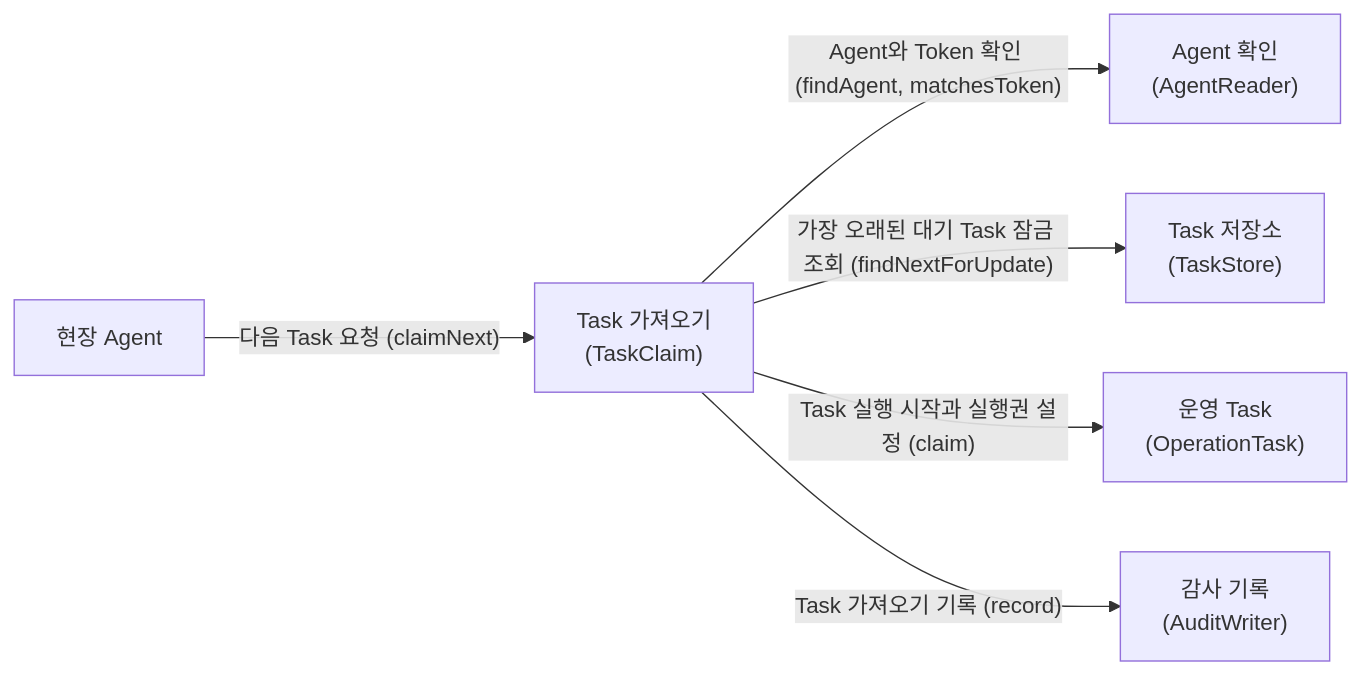
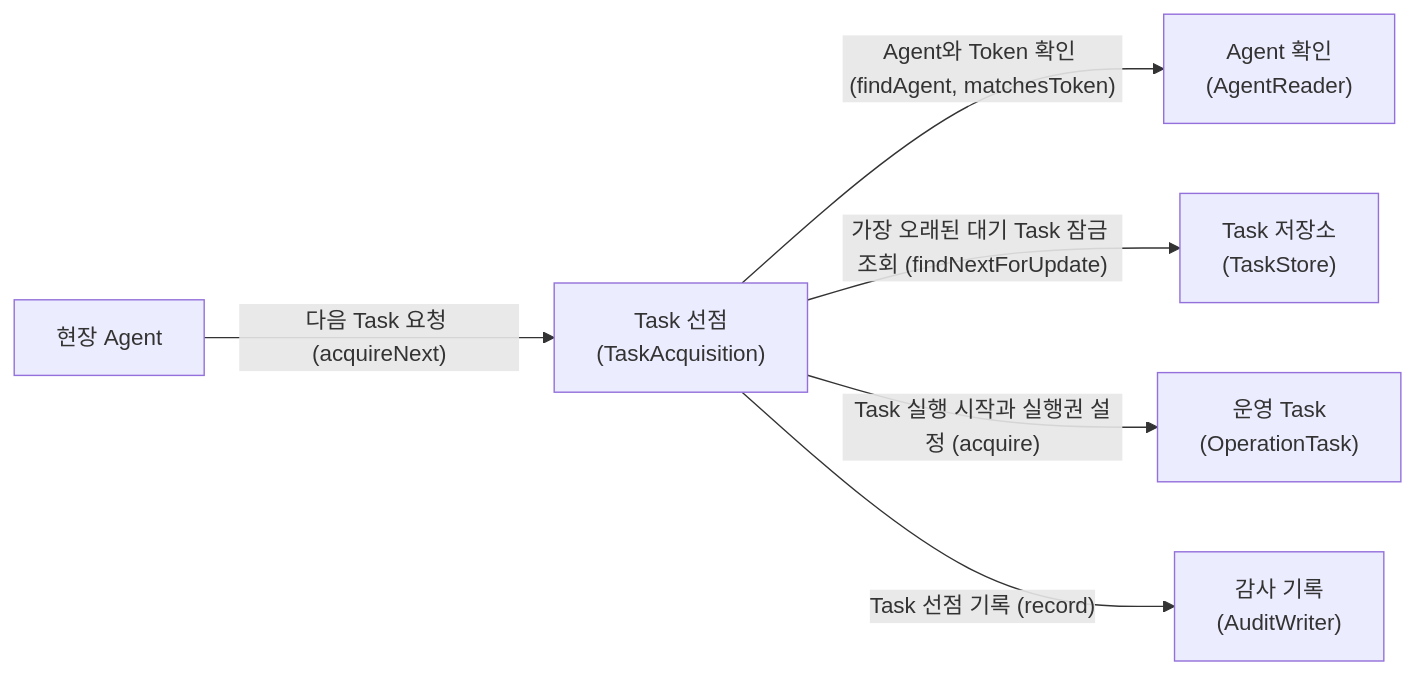
The fifth of 12 diagrams in docs/diagram/유스케이스별-객체-관계.md (hsjni0110/db-fleet-ops), drawn with Mermaid before and after one commit. The commit also changed other lines of this file and 150 other files, not shown here.

````diff
--- a/docs/diagram/유스케이스별-객체-관계.md
+++ b/docs/diagram/유스케이스별-객체-관계.md
@@ -109,15 +109,15 @@
 ```mermaid
 flowchart LR
     AGENT[현장 Agent]
-    CLAIM["Task 가져오기<br/>(TaskClaim)"]
+    ACQUISITION["Task 선점<br/>(TaskAcquisition)"]
     AGENTS["Agent 확인<br/>(AgentReader)"]
     STORE["Task 저장소<br/>(TaskStore)"]
     TASK["운영 Task<br/>(OperationTask)"]
     AUDIT["감사 기록<br/>(AuditWriter)"]
 
-    AGENT -->|"다음 Task 요청 (claimNext)"| CLAIM
-    CLAIM -->|"Agent와 Token 확인 (findAgent, matchesToken)"| AGENTS
-    CLAIM -->|"가장 오래된 대기 Task 잠금 조회 (findNextForUpdate)"| STORE
-    CLAIM -->|"Task 실행 시작과 실행권 설정 (claim)"| TASK
-    CLAIM -->|"Task 가져오기 기록 (record)"| AUDIT
+    AGENT -->|"다음 Task 요청 (acquireNext)"| ACQUISITION
+    ACQUISITION -->|"Agent와 Token 확인 (findAgent, matchesToken)"| AGENTS
+    ACQUISITION -->|"가장 오래된 대기 Task 잠금 조회 (findNextForUpdate)"| STORE
+    ACQUISITION -->|"Task 실행 시작과 실행권 설정 (acquire)"| TASK
+    ACQUISITION -->|"Task 선점 기록 (record)"| AUDIT
 ```
````
